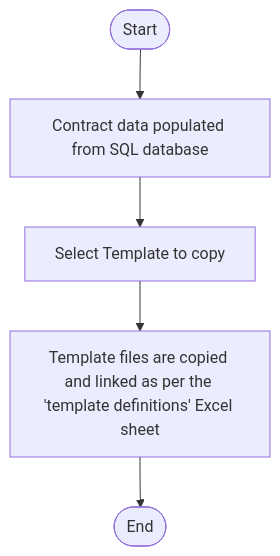
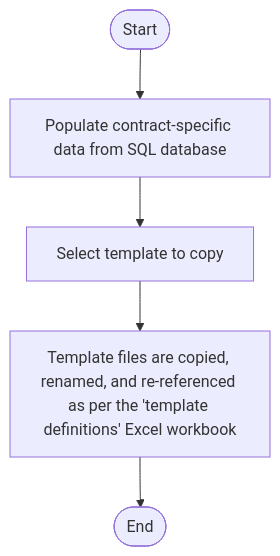
The diagram in docs/wps-templates-manager.md (jamesphilbrick/personal-site), drawn with Mermaid before and after one commit. The commit also changed other lines of this file and 19 other files, not shown here.

````diff
--- a/docs/wps-templates-manager.md
+++ b/docs/wps-templates-manager.md
@@ -17,13 +18,7 @@
-```mermaid
----
-config:
-  theme: redux
----
+``` mermaid
 flowchart TD
-    A(["Start"]) --> B["Contract data populated from SQL database"]
-    B --> C["Select Template to copy"]
-    C --> D@{ label: "Template files are copied and linked as per the 'template definitions' Excel sheet" }
+    A(["Start"]) --> B["Populate contract-specific data from SQL database"]
+    B --> C["Select template to copy"]
+    C --> D["Template files are copied, renamed, and re-referenced as per the 'template definitions' Excel workbook"]
     D --> E(["End"])
-    D@{ shape: rect}
-
 ```
````
